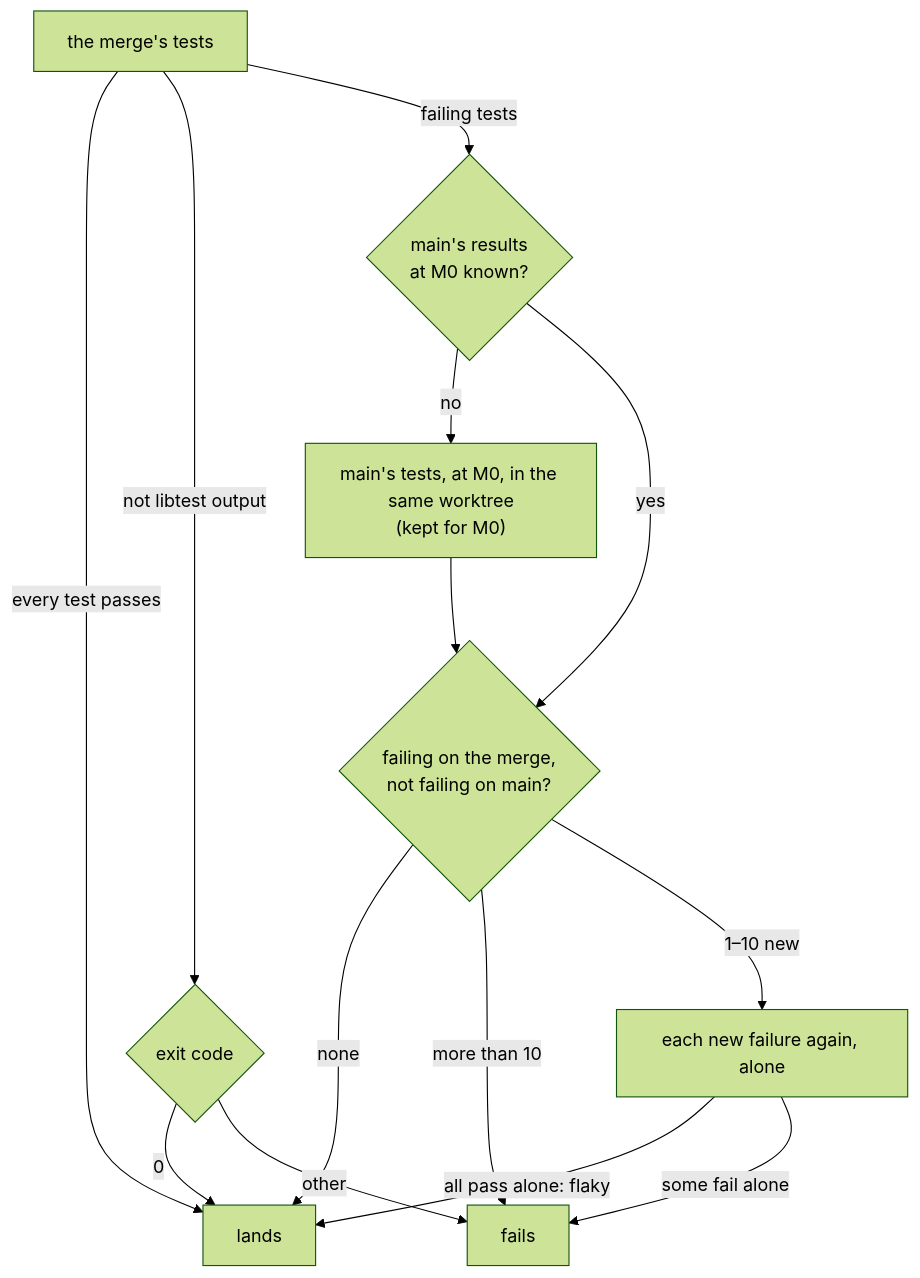
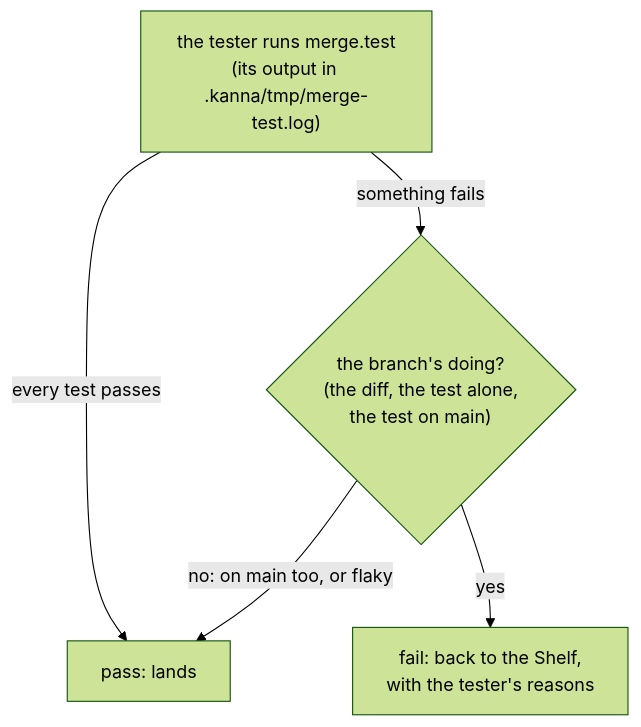
Before and after one commit to tampopogk/kanna: the fourth of 4 diagrams in docs/specs/merge-queue.md, drawn with Mermaid (forest theme). The commit also changed other lines of this file and 10 other files, not shown here.

Commit message:
The merge queue's tester is an agent: it runs merge.test and judges whether a failure is the branch's; drop the per-test results, main's results and the alone runs

````diff
--- a/docs/specs/merge-queue.md
+++ b/docs/specs/merge-queue.md
@@ -127,15 +127,7 @@
 ```mermaid
 flowchart TD
-    T["the merge's tests"] -->|"every test passes"| L["lands"]
-    T -->|"not libtest output"| X{"exit code"}
-    X -->|0| L
-    X -->|other| F["fails"]
-    T -->|"failing tests"| K{"main's results<br/>at M0 known?"}
-    K -->|no| M["main's tests, at M0, in the same worktree<br/>(kept for M0)"] --> C
-    K -->|yes| C{"failing on the merge,<br/>not failing on main?"}
-    C -->|none| L
-    C -->|"more than 10"| F
-    C -->|"1–10 new"| A["each new failure again, alone"]
-    A -->|"all pass alone: flaky"| L
-    A -->|"some fail alone"| F
+    T["the tester runs merge.test<br/>(its output in .kanna/tmp/merge-test.log)"] -->|"every test passes"| P["pass: lands"]
+    T -->|"something fails"| J{"the branch's doing?<br/>(the diff, the test alone,<br/>the test on main)"}
+    J -->|"no: on main too, or flaky"| P
+    J -->|"yes"| F["fail: back to the Shelf,<br/>with the tester's reasons"]
 ```
````
